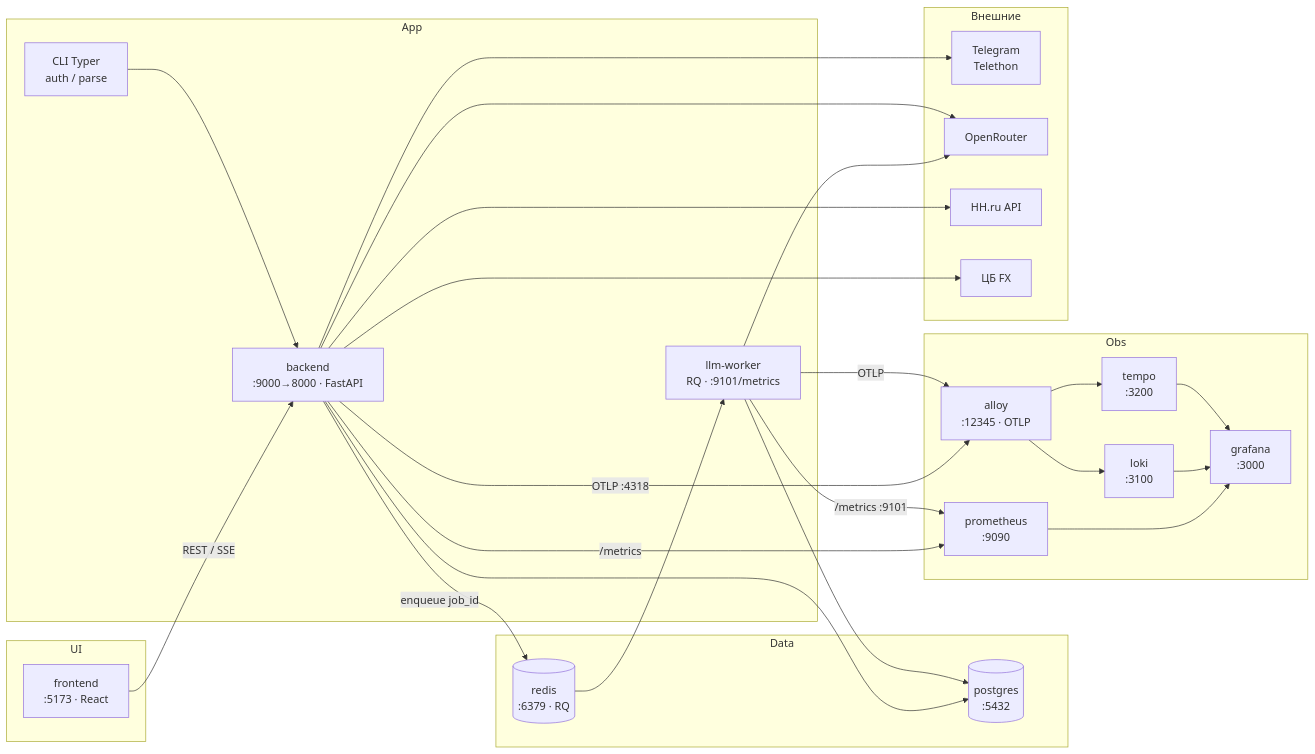
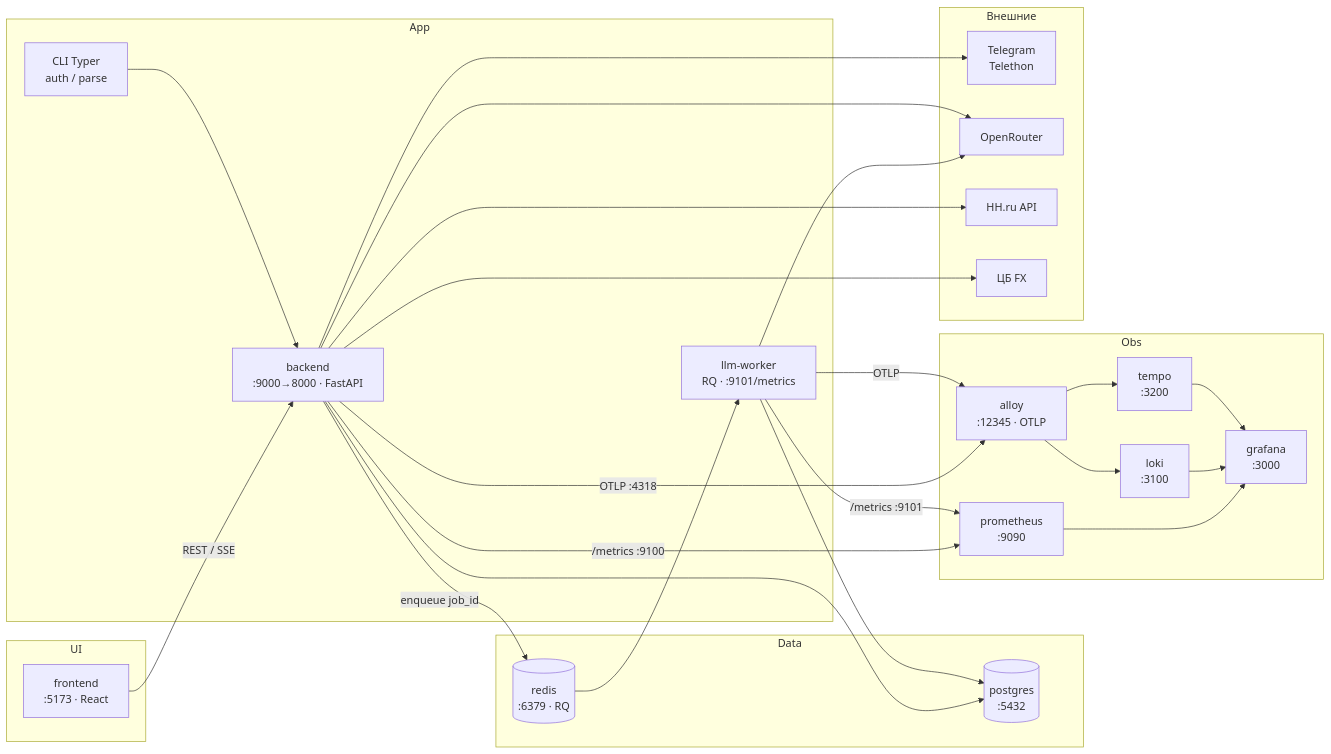
The diagram in docs/architecture/architecture-by-services.md (Kickgodx/tg-channels-vacancy-parser), drawn with Mermaid before and after one commit. The commit also changed other lines of this file and 27 other files, not shown here.

````diff
--- a/docs/architecture/architecture-by-services.md
+++ b/docs/architecture/architecture-by-services.md
@@ -5,53 +5,53 @@
 ```mermaid
 flowchart LR
   subgraph UI
     FE["frontend<br/>:5173 · React"]
   end
 
   subgraph App
     BE["backend<br/>:9000→8000 · FastAPI"]
     W["llm-worker<br/>RQ · :9101/metrics"]
     CLI["CLI Typer<br/>auth / parse"]
   end
 
   subgraph Data
     PG[("postgres<br/>:5432")]
     RD[("redis<br/>:6379 · RQ")]
   end
 
   subgraph Obs
     PROM["prometheus<br/>:9090"]
     ALLOY["alloy<br/>:12345 · OTLP"]
     LOKI["loki<br/>:3100"]
     TEMPO["tempo<br/>:3200"]
     GRAF["grafana<br/>:3000"]
   end
 
   subgraph Ext["Внешние"]
     TG["Telegram<br/>Telethon"]
     OR["OpenRouter"]
     HH["HH.ru API"]
     CBR["ЦБ FX"]
   end
 
   FE -->|"REST / SSE"| BE
   CLI --> BE
   BE --> PG
   BE -->|enqueue job_id| RD
   RD --> W
   W --> PG
   W --> OR
   BE --> TG
   BE --> OR
   BE --> HH
   BE --> CBR
-  BE -->|"/metrics"| PROM
+  BE -->|"/metrics :9100"| PROM
   W -->|"/metrics :9101"| PROM
   BE -->|"OTLP :4318"| ALLOY
   W -->|"OTLP"| ALLOY
   ALLOY --> LOKI
   ALLOY --> TEMPO
   PROM --> GRAF
   LOKI --> GRAF
   TEMPO --> GRAF
 ```
````
